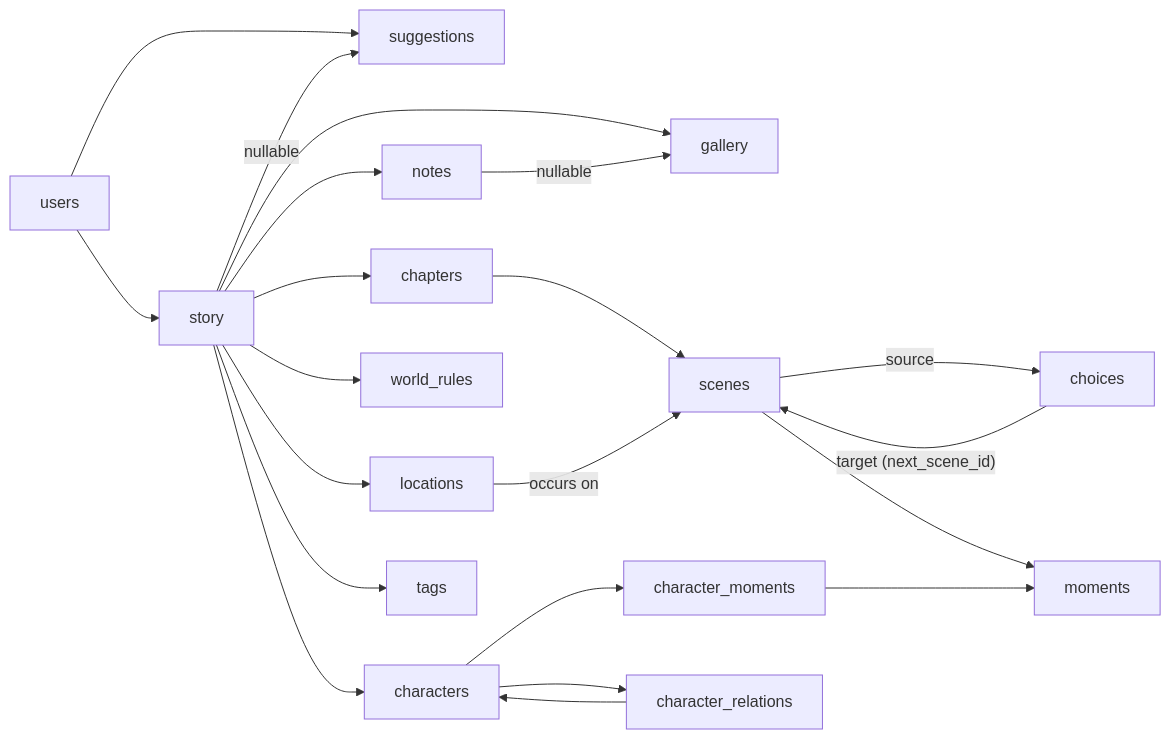
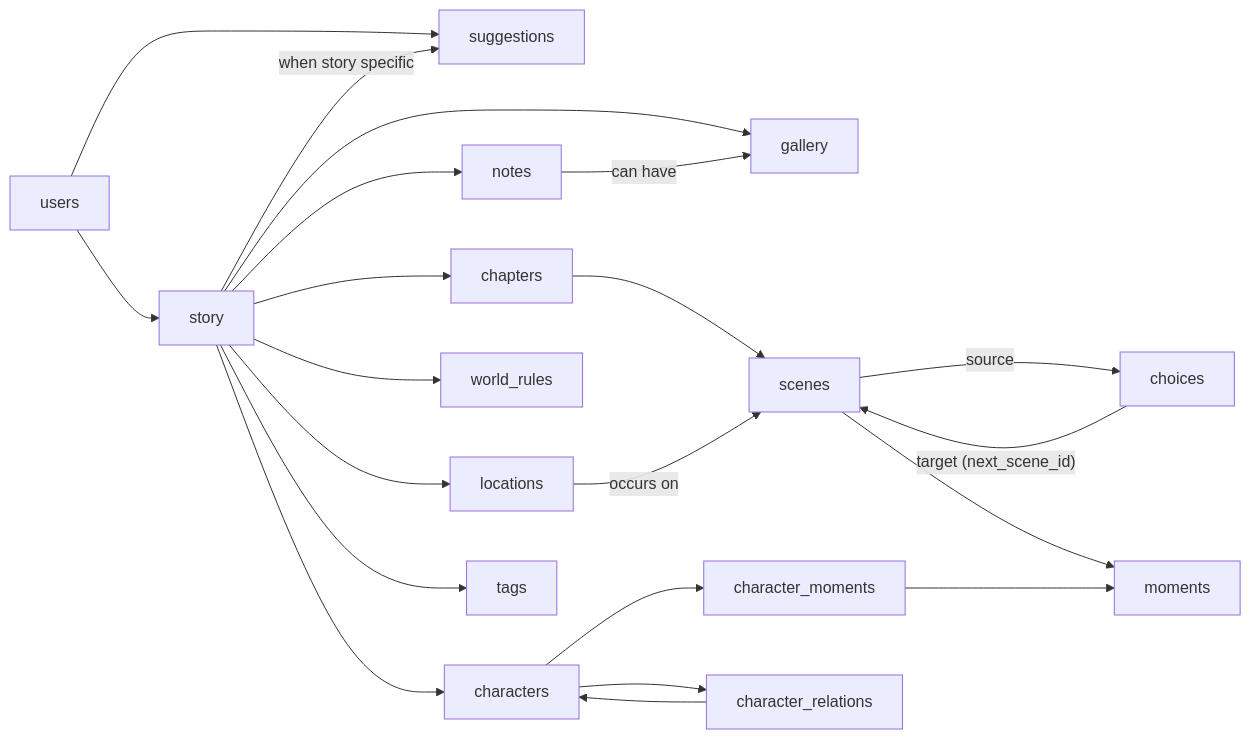
The diagram in docs/project_plan.md (CaioFViana/Keres), drawn with Mermaid before and after one commit. The commit also changed other lines of this file and 15 other files, not shown here.

````diff
--- a/docs/project_plan.md
+++ b/docs/project_plan.md
@@ -302,29 +303,29 @@
 ```mermaid
 graph LR
     users --> story
     users --> suggestions
 
     story --> characters
     story --> gallery
     story --> chapters
     story --> locations
     story --> world_rules
     story --> notes
     story --> tags
-    story -- nullable --> suggestions
+    story -- when story specific --> suggestions
 
     chapters --> scenes
     locations -- occurs on--> scenes
 
     scenes --> moments
     scenes -- source --> choices
     choices -- target (next_scene_id) --> scenes
 
     characters --> character_moments
     character_moments --> moments
 
     characters --> character_relations
     character_relations --> characters
 
-    notes -- nullable --> gallery
+    notes -- can have --> gallery
 ```
````
